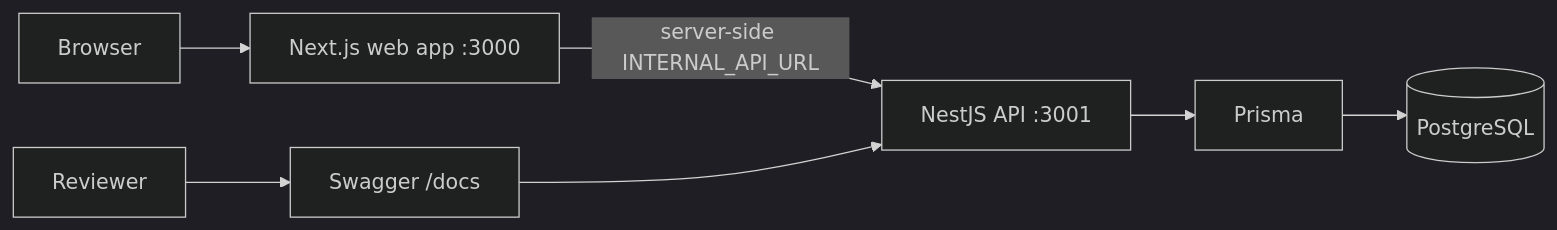
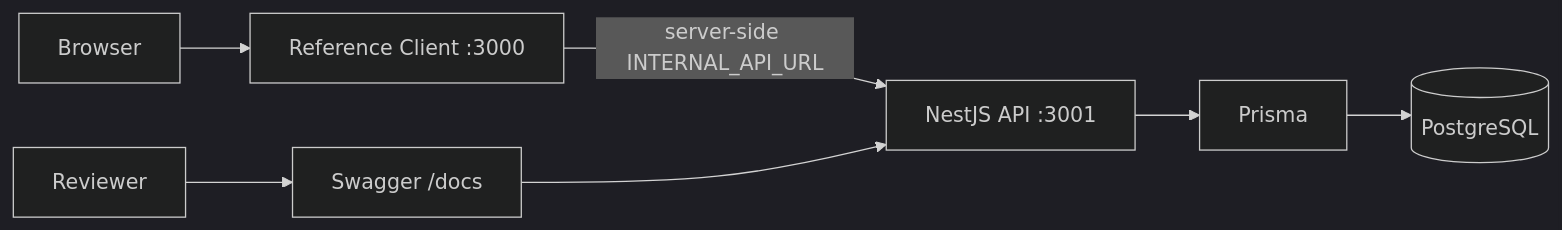
One commit to sukitkhothui590-dot/nextschool-attendance-api changed the first of 2 diagrams in README.md. Above: the diagram before and after it, drawn with Mermaid (dark theme). The commit also changed other lines of this file and 36 other files, not shown here.

````diff
--- a/README.md
+++ b/README.md
@@ -112,9 +139,9 @@
 ```mermaid
 flowchart LR
-  Browser[Browser] --> Web[Next.js web app :3000]
+  Browser[Browser] --> Web[Reference Client :3000]
   Web -->|server-side INTERNAL_API_URL| API[NestJS API :3001]
   API --> Prisma[Prisma]
   Prisma --> DB[(PostgreSQL)]
   Reviewer --> Docs[Swagger /docs]
   Docs --> API
 ```
````
